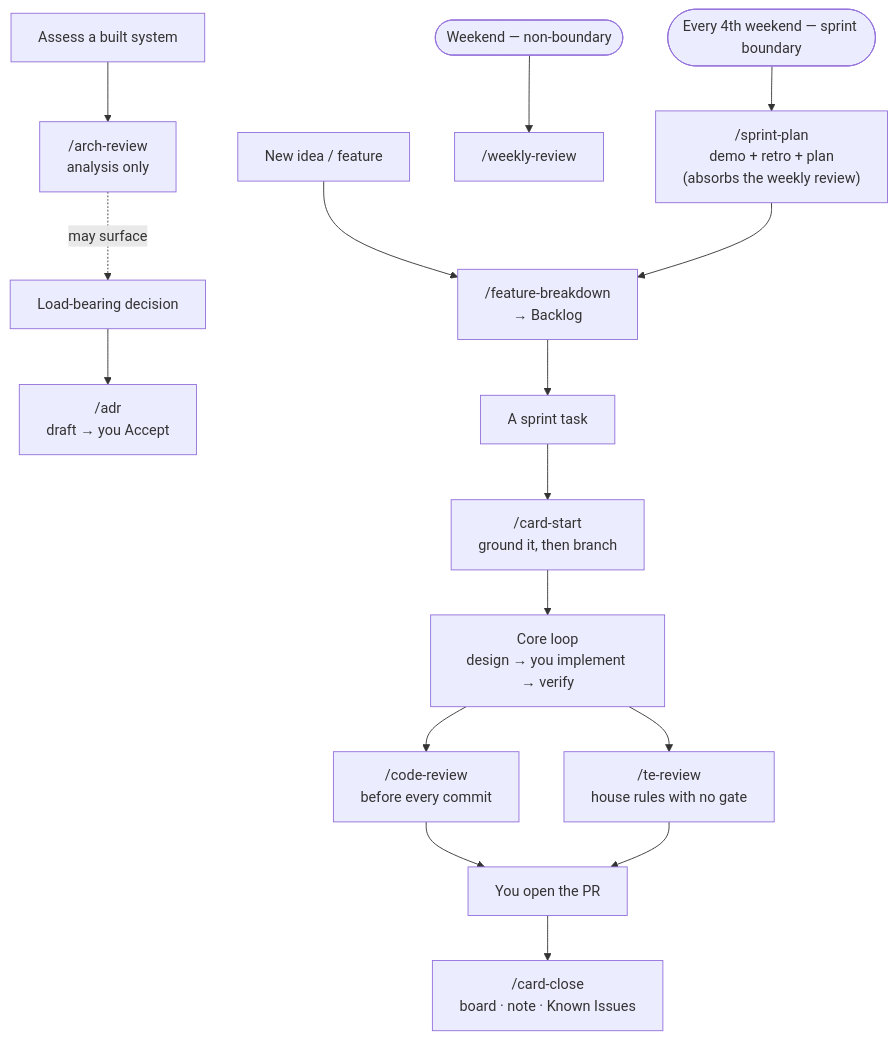
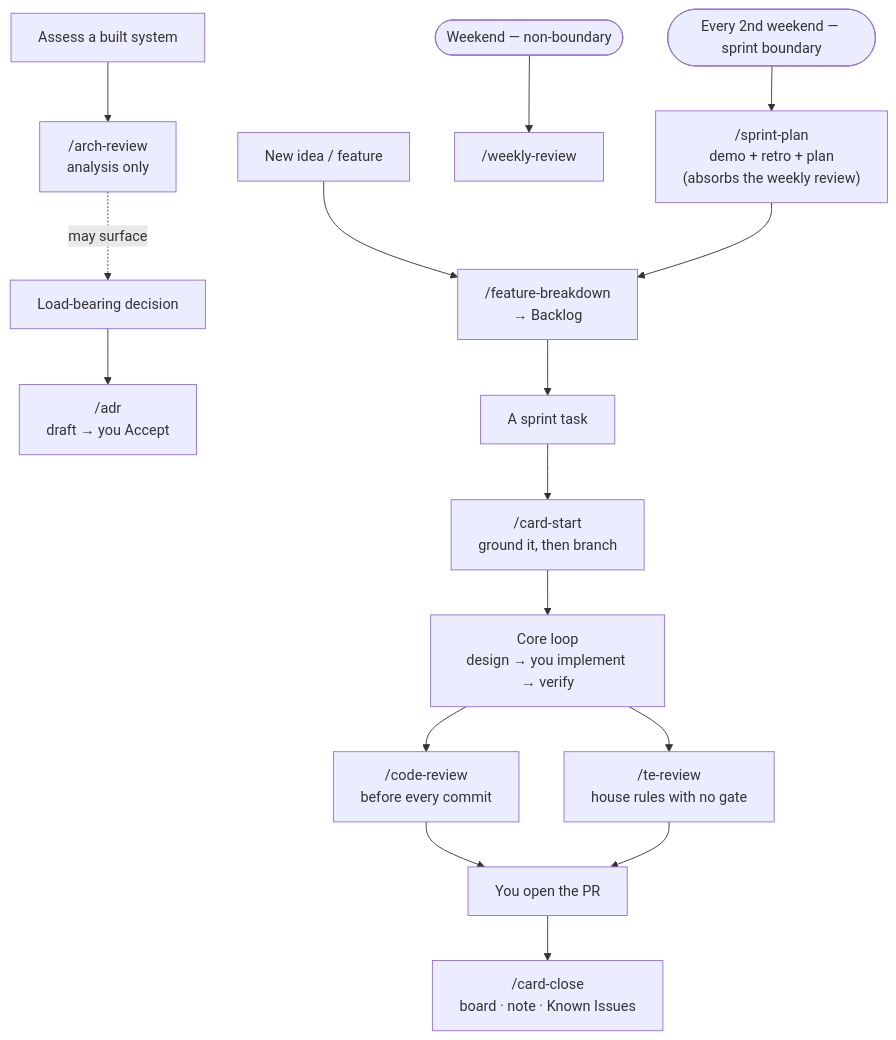
One commit to techattackteam/TechEngine-vault changed the diagram in 08 AI/Working with Claude — Operating Guide.md. Above: the diagram before and after it, drawn with Mermaid. The commit also changed other lines of this file and 4 other files, not shown here.

````diff
--- a/08 AI/Working with Claude — Operating Guide.md
+++ b/08 AI/Working with Claude — Operating Guide.md
@@ -90,17 +99,17 @@
 ```mermaid
 flowchart TD
   IDEA["New idea / feature"] --> FB["/feature-breakdown<br/>→ Backlog"]
   DEC["Load-bearing decision"] --> ADR["/adr<br/>draft → you Accept"]
   SYS["Assess a built system"] --> AR["/arch-review<br/>analysis only"]
   AR -. may surface .-> DEC
   FB --> TASK["A sprint task"]
   TASK --> CS["/card-start<br/>ground it, then branch"]
   CS --> LOOP["Core loop<br/>design → you implement → verify"]
   LOOP --> CR["/code-review<br/>before every commit"]
   LOOP --> TR["/te-review<br/>house rules with no gate"]
   CR & TR --> PR["You open the PR"]
   PR --> CC["/card-close<br/>board · note · Known Issues"]
   SUN(["Weekend — non-boundary"]) --> WR["/weekly-review"]
-  LSUN(["Every 4th weekend — sprint boundary"]) --> SP["/sprint-plan<br/>demo + retro + plan<br/>(absorbs the weekly review)"]
+  LSUN(["Every 2nd weekend — sprint boundary"]) --> SP["/sprint-plan<br/>demo + retro + plan<br/>(absorbs the weekly review)"]
   SP --> FB
 ```
````
